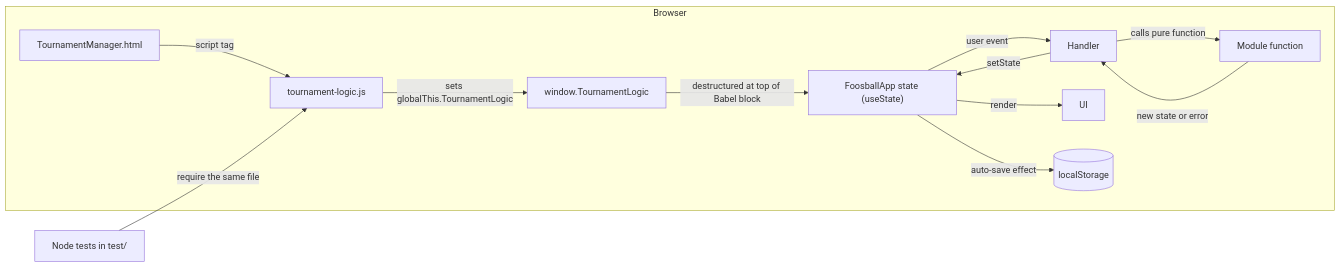
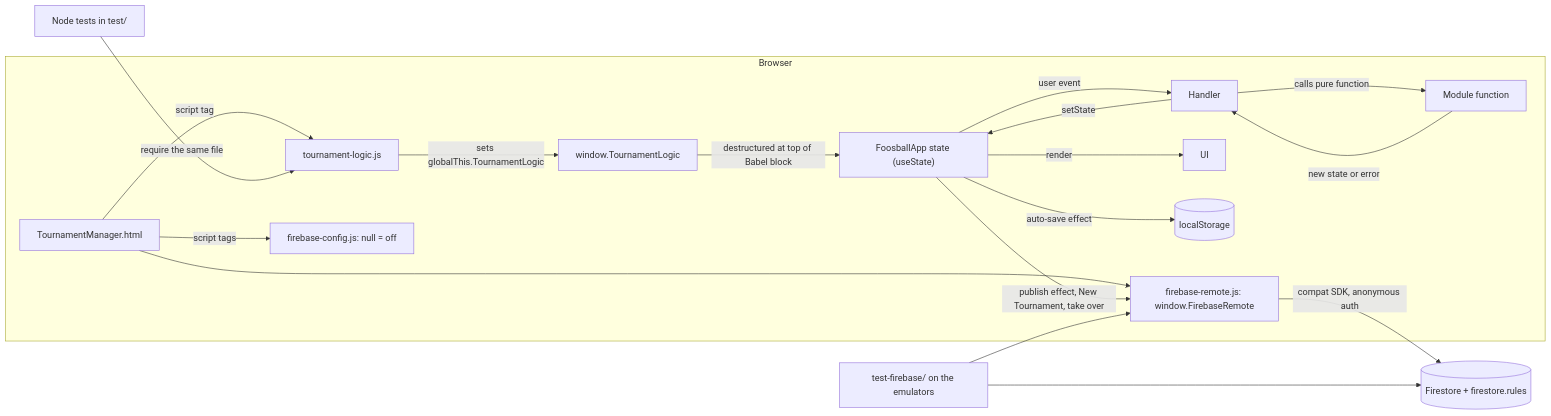
The first of 12 diagrams in .claude/Flow.md (DT209/foos-tourney), drawn with Mermaid before and after one commit. The commit also changed other lines of this file and 3 other files, not shown here.

Commit message:
Docs: publishing in README, CLAUDE.md, Flow.md and the plan status

````diff
--- a/.claude/Flow.md
+++ b/.claude/Flow.md
@@ -8,15 +8,21 @@
 ```mermaid
 flowchart LR
     subgraph Browser
         H["TournamentManager.html"] -->|"script tag"| M["tournament-logic.js"]
         M -->|"sets globalThis.TournamentLogic"| G["window.TournamentLogic"]
         G -->|"destructured at top of Babel block"| A["FoosballApp state (useState)"]
         A -->|"user event"| HD["Handler"]
         HD -->|"calls pure function"| F["Module function"]
         F -->|"new state or error"| HD
         HD -->|"setState"| A
         A -->|"render"| UI["UI"]
         A -->|"auto-save effect"| LS[("localStorage")]
+        H -->|"script tags"| CFG["firebase-config.js: null = off"]
+        H --> R["firebase-remote.js: window.FirebaseRemote"]
+        A -->|"publish effect, New Tournament, take over"| R
     end
+    R -->|"compat SDK, anonymous auth"| FS[("Firestore + firestore.rules")]
     T["Node tests in test/"] -->|"require the same file"| M
+    TF["test-firebase/ on the emulators"] --> R
+    TF --> FS
 ```
````
